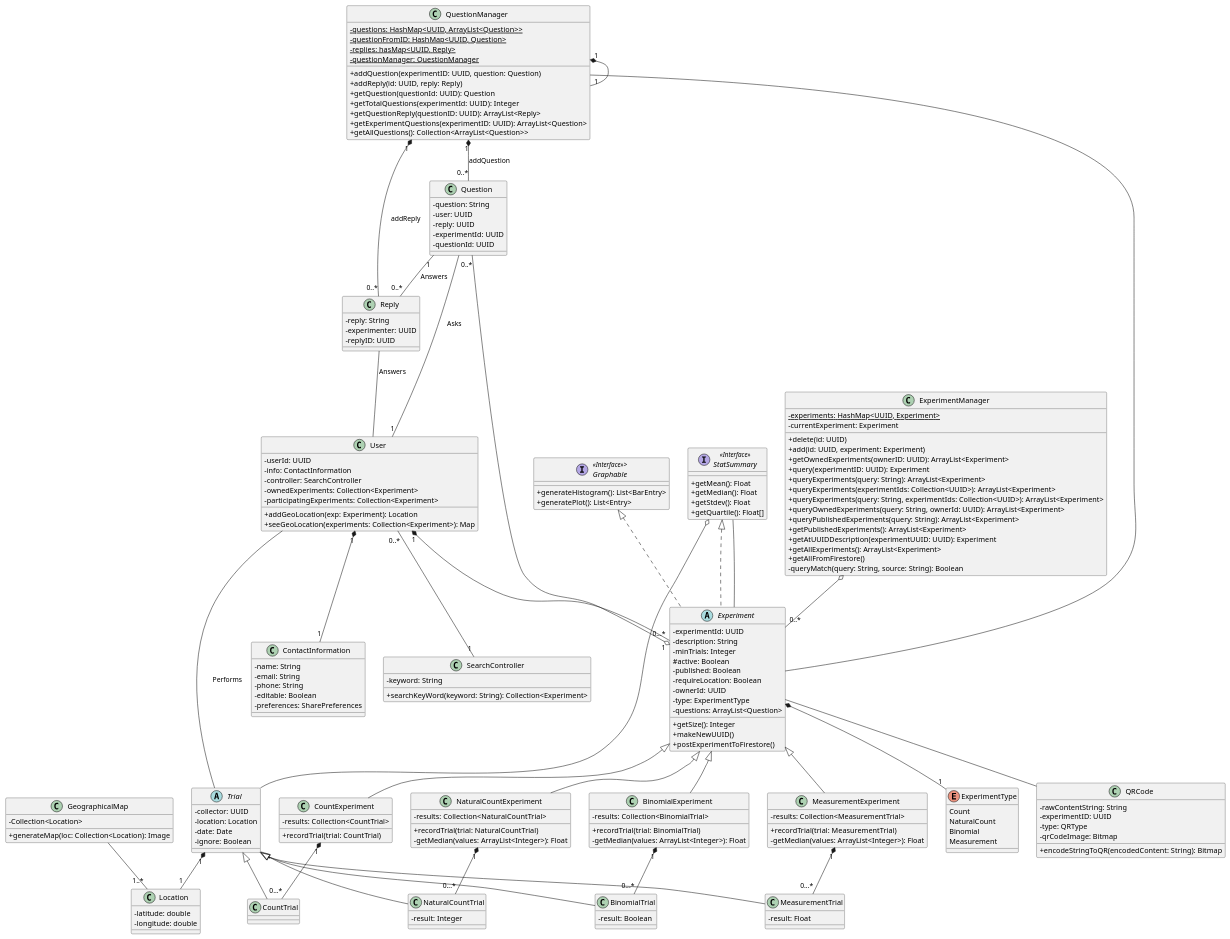
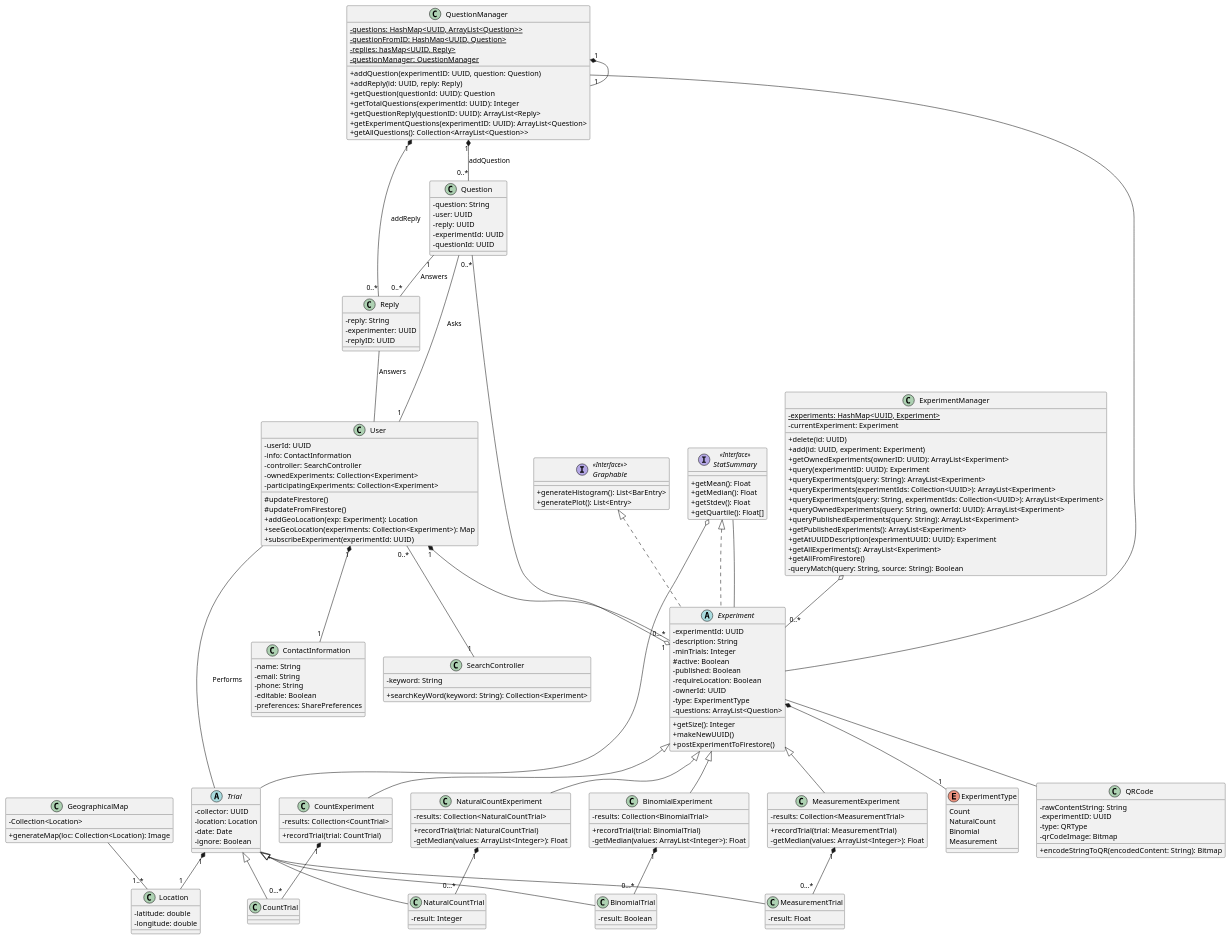
One commit to CMPUT301W21T03/Experiment-Automata changed the diagram in doc/uml/uml.puml. Above: the diagram before and after it, drawn with PlantUML.

Commit message:
update the uml for User class

```diff
--- a/doc/uml/uml.puml
+++ b/doc/uml/uml.puml
@@ -10,8 +10,11 @@
     -controller: SearchController
     -ownedExperiments: Collection<Experiment>
     -participatingExperiments: Collection<Experiment>
+    #updateFirestore()
+    #updateFromFirestore()
     +addGeoLocation(exp: Experiment): Location
     +seeGeoLocation(experiments: Collection<Experiment>): Map
+    +subscribeExperiment(experimentId: UUID)
 }
 
 
```
